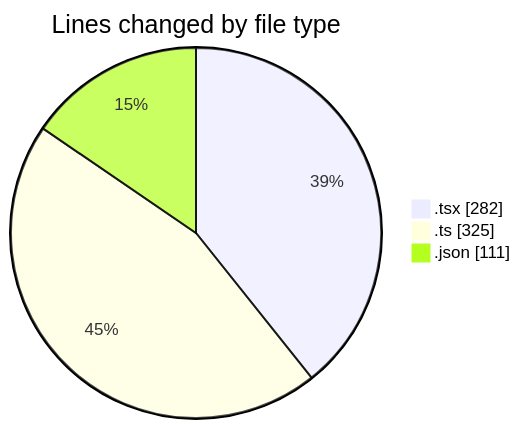
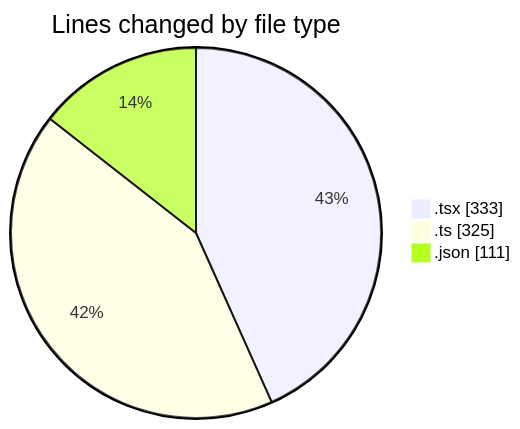
One commit to julien-gomy/code-tracking changed the first of 2 diagrams in 2025-11-08/eventscop-frontend-guide__workspace_/README.md. Above: the diagram before and after it, drawn with Mermaid. The commit also changed other lines of this file and 1 other file, not shown here.

````diff
--- a/2025-11-08/eventscop-frontend-guide__workspace_/README.md
+++ b/2025-11-08/eventscop-frontend-guide__workspace_/README.md
@@ -27,7 +28,7 @@
 ```mermaid
 pie showData
 title Lines changed by file type
-".tsx" : 282
+".tsx" : 333
 ".ts" : 325
 ".json" : 111
 ```
````
